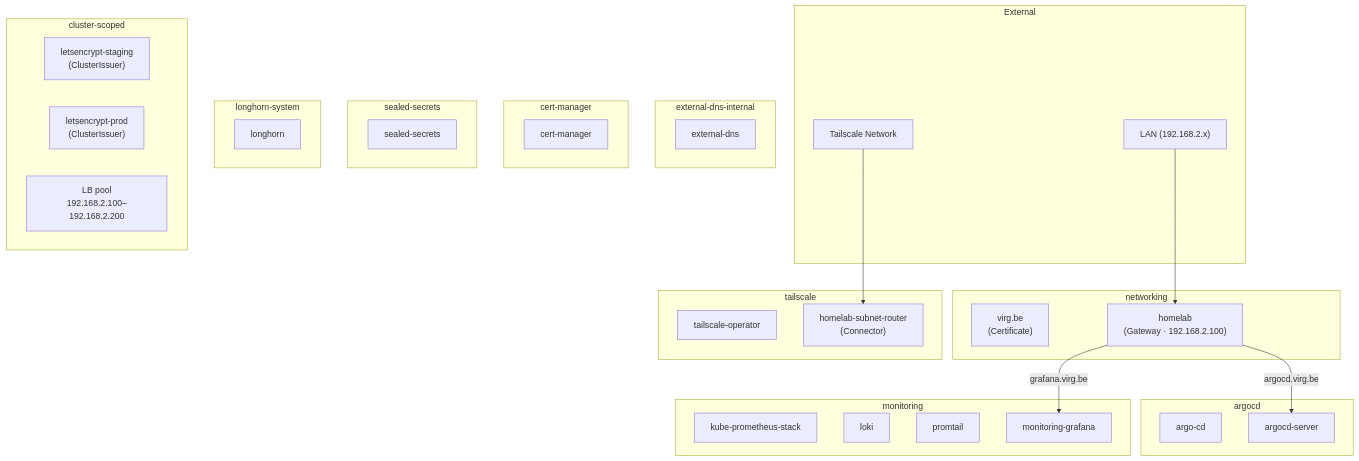
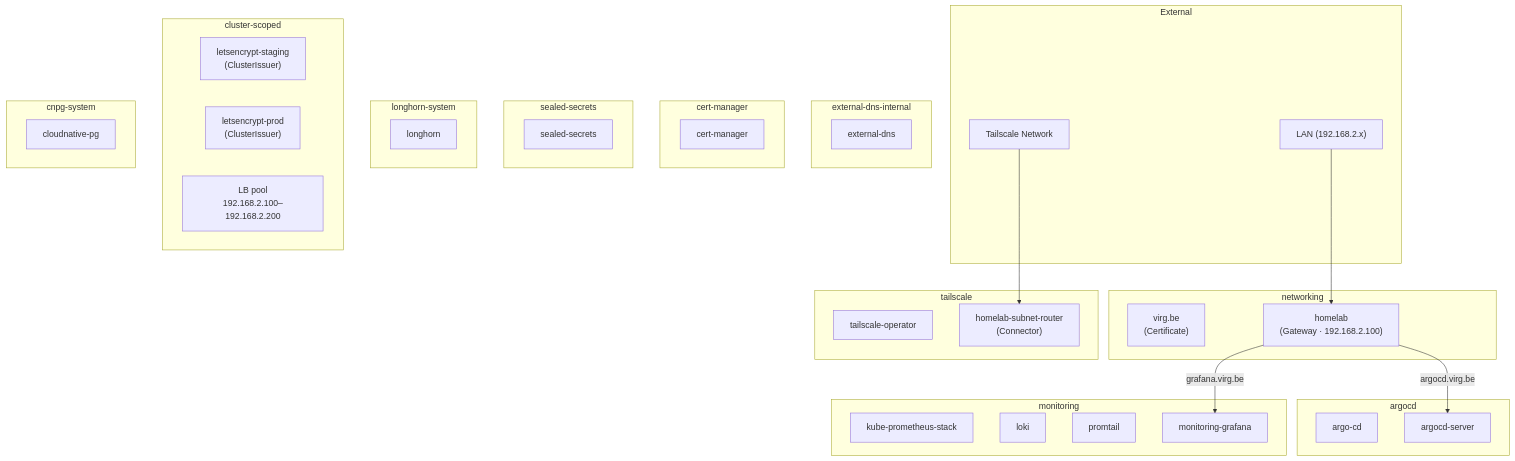
Before and after one commit to Virgil-Bulens/homelab: the diagram in docs/cluster.md, drawn with Mermaid.

Commit message:
docs: regenerate cluster diagram [skip ci]

````diff
--- a/docs/cluster.md
+++ b/docs/cluster.md
@@ -1,46 +1,49 @@
 ```mermaid
 flowchart TD
     subgraph external["External"]
         lan["LAN (192.168.2.x)"]
         ts_net["Tailscale Network"]
     end
     subgraph networking__ns["networking"]
         networking__virg_be_wildcard["virg.be\n(Certificate)"]
         networking__homelab["homelab\n(Gateway · 192.168.2.100)"]
     end
     subgraph argocd__ns["argocd"]
         argocd__argo_cd["argo-cd"]
         argocd__argocd_server["argocd-server"]
     end
     subgraph external_dns_internal__ns["external‑dns‑internal"]
         external_dns_internal__external_dns["external-dns"]
     end
     subgraph cert_manager__ns["cert‑manager"]
         cert_manager__cert_manager["cert-manager"]
     end
     subgraph sealed_secrets__ns["sealed‑secrets"]
         sealed_secrets__sealed_secrets["sealed-secrets"]
     end
     subgraph tailscale__ns["tailscale"]
         tailscale__tailscale_operator["tailscale-operator"]
         tailscale__homelab_subnet_router["homelab-subnet-router\n(Connector)"]
     end
     subgraph longhorn_system__ns["longhorn‑system"]
         longhorn_system__longhorn["longhorn"]
     end
     subgraph monitoring__ns["monitoring"]
         monitoring__kube_prometheus_stack["kube-prometheus-stack"]
         monitoring__loki["loki"]
         monitoring__promtail["promtail"]
         monitoring__monitoring_grafana["monitoring-grafana"]
     end
     subgraph cluster_scoped__ns["cluster‑scoped"]
         cluster_scoped__letsencrypt_staging["letsencrypt-staging\n(ClusterIssuer)"]
         cluster_scoped__letsencrypt_prod["letsencrypt-prod\n(ClusterIssuer)"]
         cluster_scoped__homelab_pool["LB pool\n192.168.2.100–192.168.2.200"]
     end
+    subgraph cnpg_system__ns["cnpg‑system"]
+        cnpg_system__cloudnative_pg["cloudnative-pg"]
+    end
     lan --> networking__homelab
     ts_net --> tailscale__homelab_subnet_router
     networking__homelab -->|"argocd.virg.be"| argocd__argocd_server
     networking__homelab -->|"grafana.virg.be"| monitoring__monitoring_grafana
 ```
````
